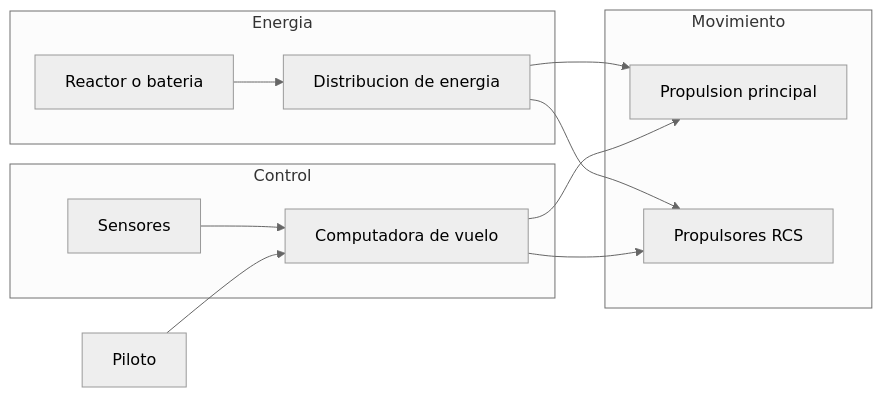
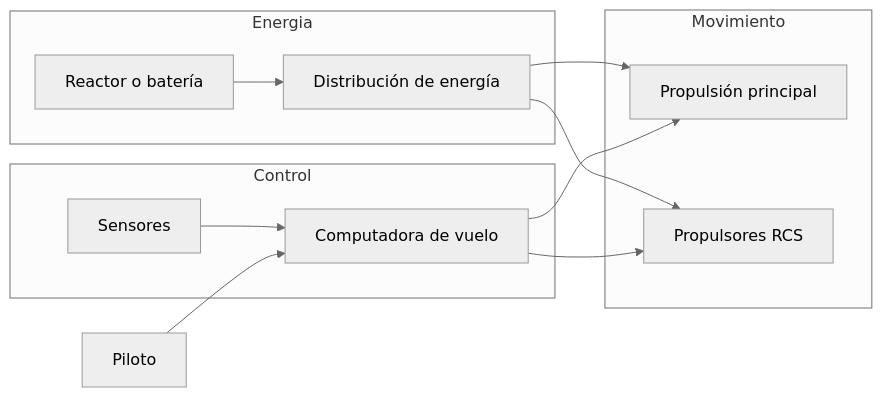
One commit to vladimiracunadev-create/machine-operator-program changed the first of 3 diagrams in vehiculos-fantasticos/caza-estelar/operacion/sistemas-mecanicos-caza-estelar.md. Above: the diagram before and after it, drawn with Mermaid (neutral theme). The commit also changed other lines of this file and 442 other files, not shown here.

````diff
--- a/vehiculos-fantasticos/caza-estelar/operacion/sistemas-mecanicos-caza-estelar.md
+++ b/vehiculos-fantasticos/caza-estelar/operacion/sistemas-mecanicos-caza-estelar.md
@@ -12,16 +12,16 @@
 ```mermaid
 flowchart LR
     subgraph Energia
-        R[Reactor o bateria] --> Dist[Distribucion de energia]
+        R[Reactor o batería] --> Dist[Distribución de energía]
     end
     subgraph Movimiento
-        Dist --> Prop[Propulsion principal]
+        Dist --> Prop[Propulsión principal]
         Dist --> RCS[Propulsores RCS]
     end
     subgraph Control
         Sen[Sensores] --> Comp[Computadora de vuelo]
         Comp --> Prop
         Comp --> RCS
     end
     Piloto[Piloto] --> Comp
 ```
````
